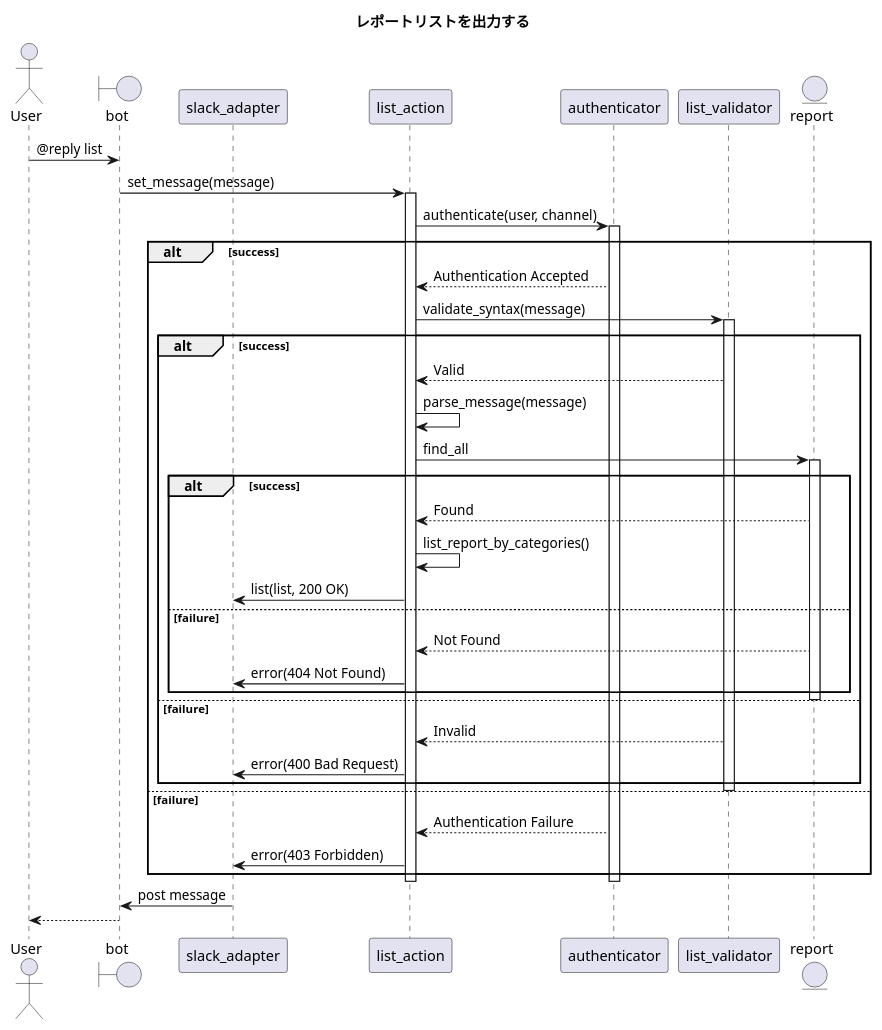
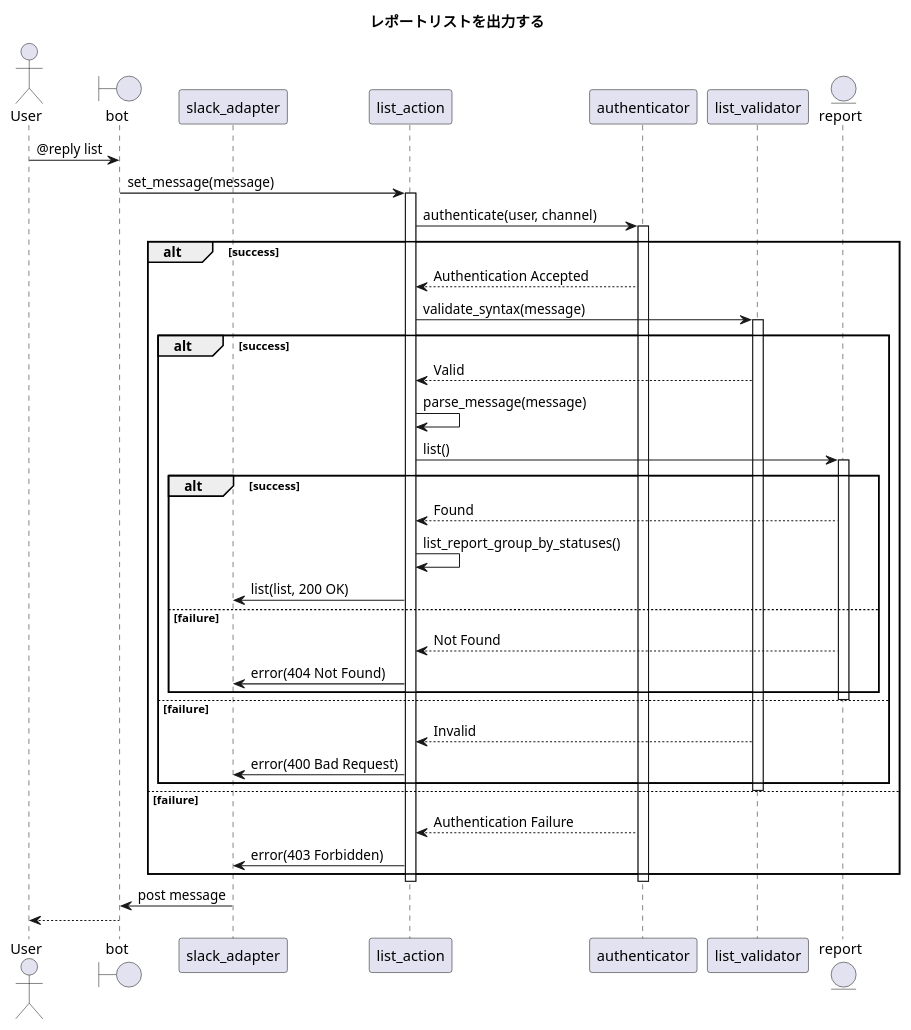
Before and after one commit to ito-masam/kpt-guard.doc: the diagram in 1.design/5.sequences/list-report.md, drawn with PlantUML. The commit also changed 2 other files, not shown here.

Commit message:
datasetのreportを追加

```diff
--- a/1.design/5.sequences/list-report.md
+++ b/1.design/5.sequences/list-report.md
@@ -1,54 +1,54 @@
 @startuml
 
     ' ----------- meta
     title レポートリストを出力する
 
     actor User
     boundary bot
     participant slack_adapter
     participant list_action
     participant authenticator
     participant list_validator
     entity report
 
     ' ----------- main
     User -> bot : @reply list
     bot -> list_action : set_message(message)
     activate list_action
       list_action -> authenticator : authenticate(user, channel)
       activate authenticator
         alt success
           authenticator --> list_action : Authentication Accepted
           list_action -> list_validator : validate_syntax(message)
           activate list_validator
             alt success
               list_validator --> list_action : Valid
               list_action -> list_action : parse_message(message)
-              list_action -> report : find_all
+              list_action -> report : list()
               activate report
                 alt success
                   report --> list_action : Found
-                  list_action -> list_action : list_report_by_categories()
+                  list_action -> list_action : list_report_group_by_statuses()
                   list_action -> slack_adapter : list(list, 200 OK)
                 else failure
                   report --> list_action : Not Found
                   list_action -> slack_adapter : error(404 Not Found)
                 end
               deactivate report
             else failure
               ' ----------- alternative
               list_validator --> list_action : Invalid
               list_action -> slack_adapter : error(400 Bad Request)
             end
           deactivate list_validator
         else failure
           ' ----------- alternative
           authenticator --> list_action : Authentication Failure
           list_action -> slack_adapter : error(403 Forbidden)
         end
       deactivate authenticator
     deactivate list_action
     slack_adapter -> bot : post message
     bot --> User
 
 @enduml
```
